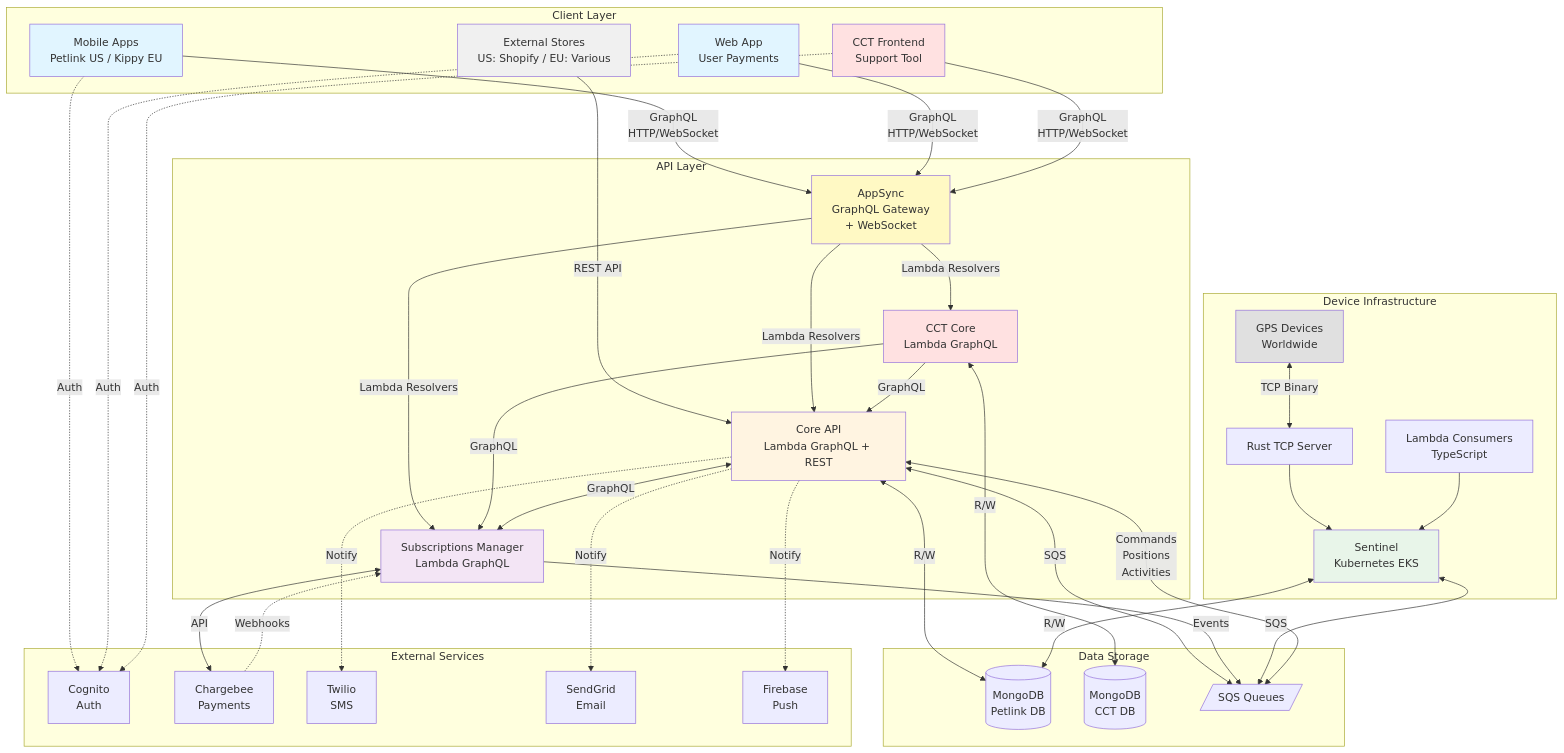
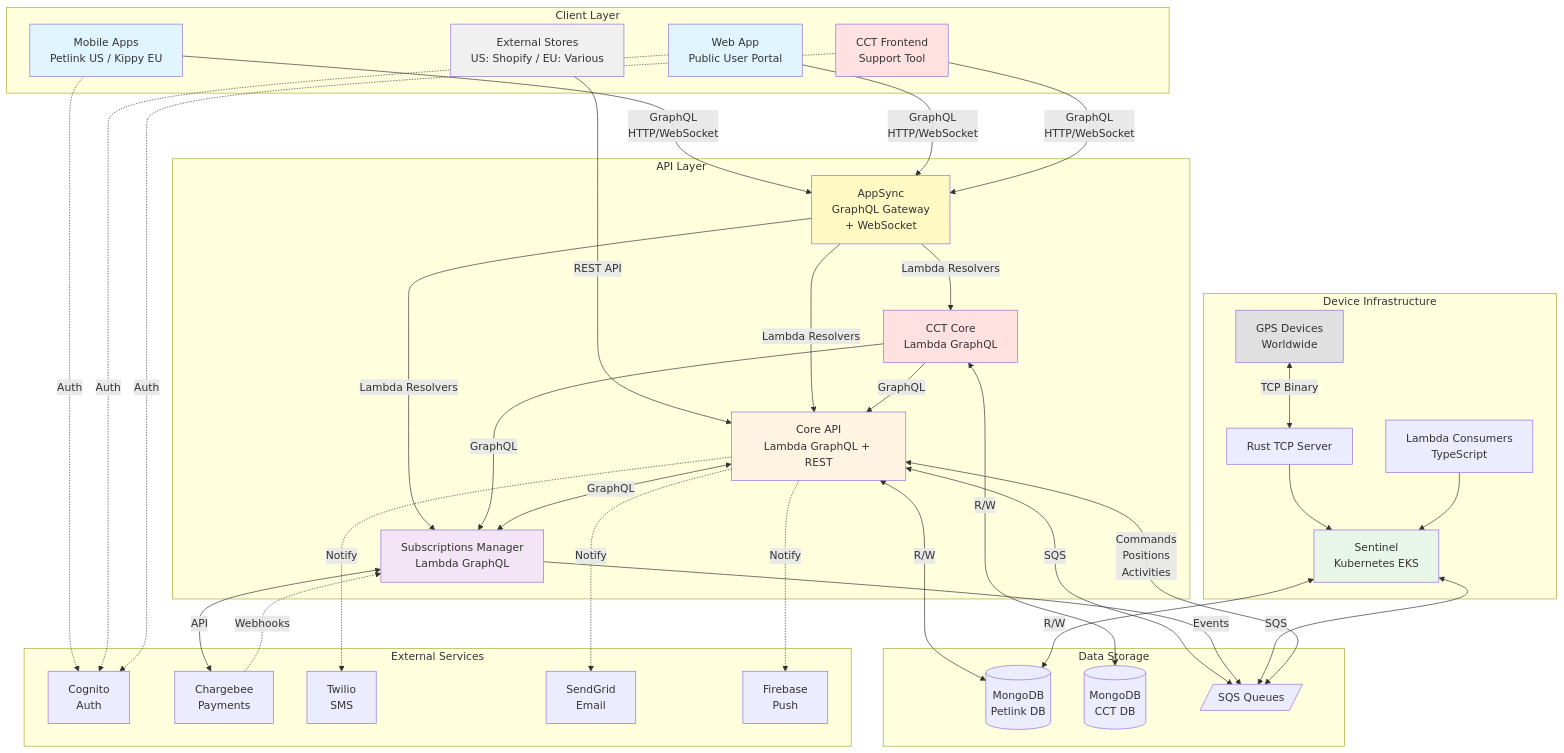
Before and after one commit to DatamarsSA/petlink-everywhere-test: the first of 7 diagrams in docs/petlink-infrastructure.md, drawn with Mermaid. The commit also changed other lines of this file, not shown here.

```diff
--- a/docs/petlink-infrastructure.md
+++ b/docs/petlink-infrastructure.md
@@ -28,7 +28,7 @@
   subgraph "Client Layer"
     Stores[External Stores<br/>US: Shopify / EU: Various]
     Mobile[Mobile Apps<br/>Petlink US / Kippy EU]
-    Web[Web App<br/>User Payments]
+    Web[Web App<br/>Public User Portal]
     CCTFront[CCT Frontend<br/>Support Tool]
   end
 
```
